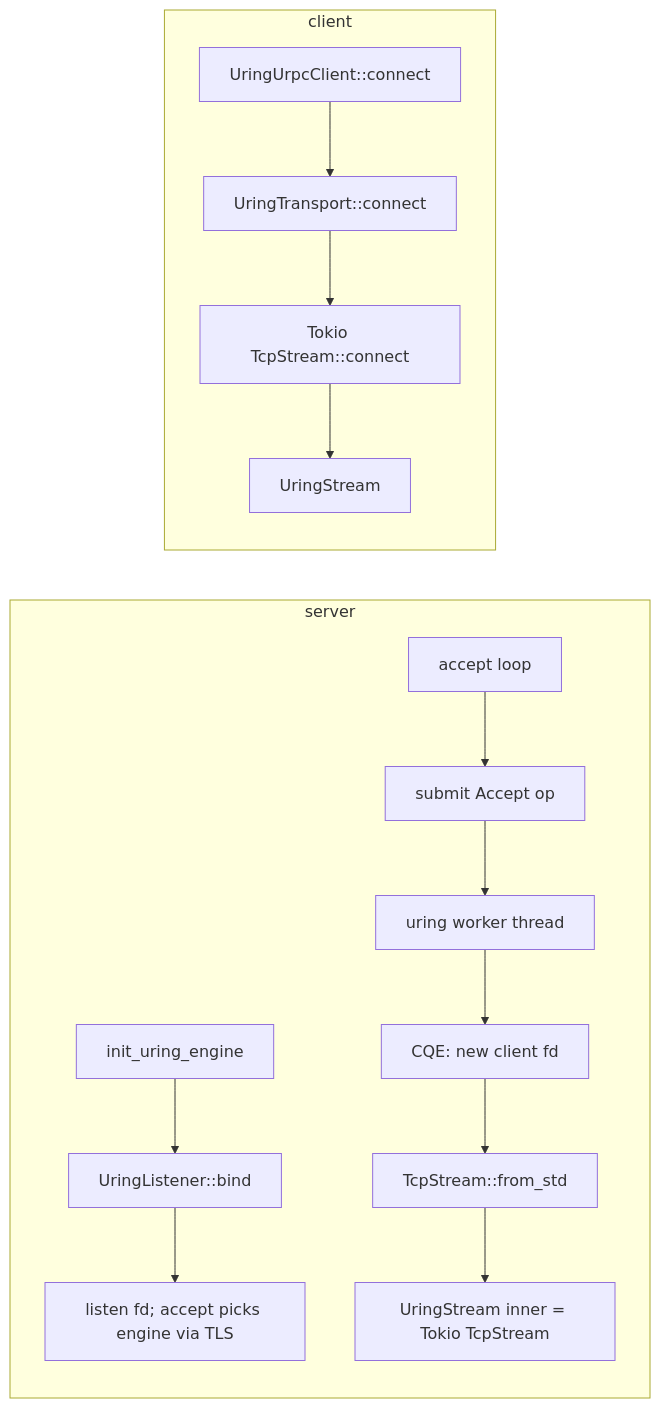
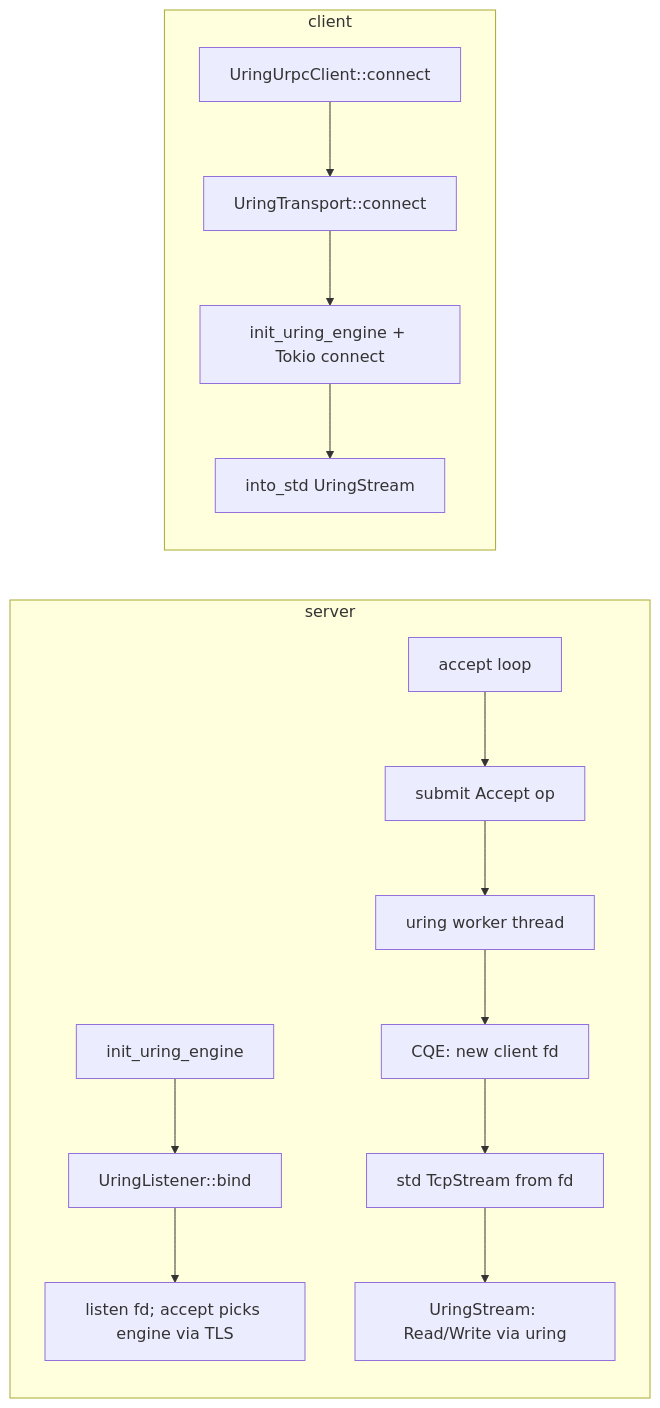
The diagram in design/RFC-01.md (zuston/riffle), drawn with Mermaid before and after one commit. The commit also changed other lines of this file and 5 other files, not shown here.

````diff
--- a/design/RFC-01.md
+++ b/design/RFC-01.md
@@ -60,18 +60,18 @@
 ```mermaid
 flowchart LR
     subgraph server
         A[init_uring_engine] --> B[UringListener::bind]
         B --> C[listen fd; accept picks engine via TLS]
         D[accept loop] --> E[submit Accept op]
         E --> F[uring worker thread]
         F --> G[CQE: new client fd]
-        G --> H[TcpStream::from_std]
-        H --> I[UringStream inner = Tokio TcpStream]
+        G --> H[std TcpStream from fd]
+        H --> I[UringStream: Read/Write via uring]
     end
 
     subgraph client
         J[UringUrpcClient::connect] --> K[UringTransport::connect]
-        K --> L[Tokio TcpStream::connect]
-        L --> M[UringStream]
+        K --> L[init_uring_engine + Tokio connect]
+        L --> M[into_std UringStream]
     end
 ```
````
